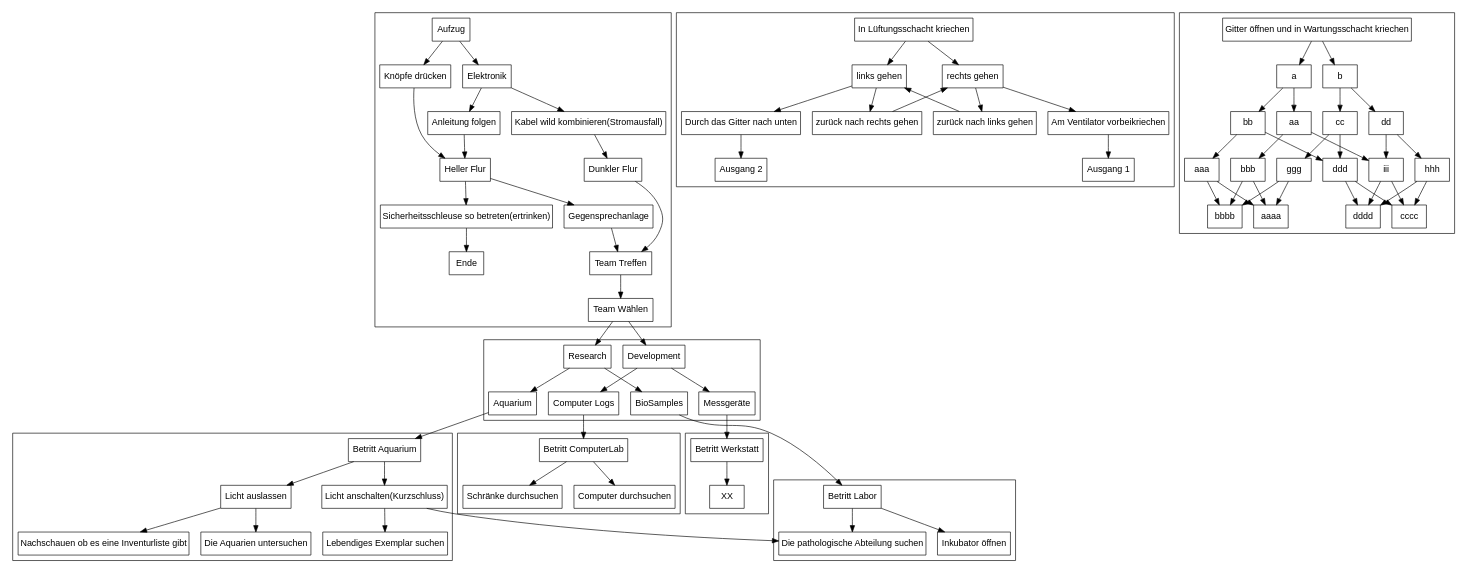
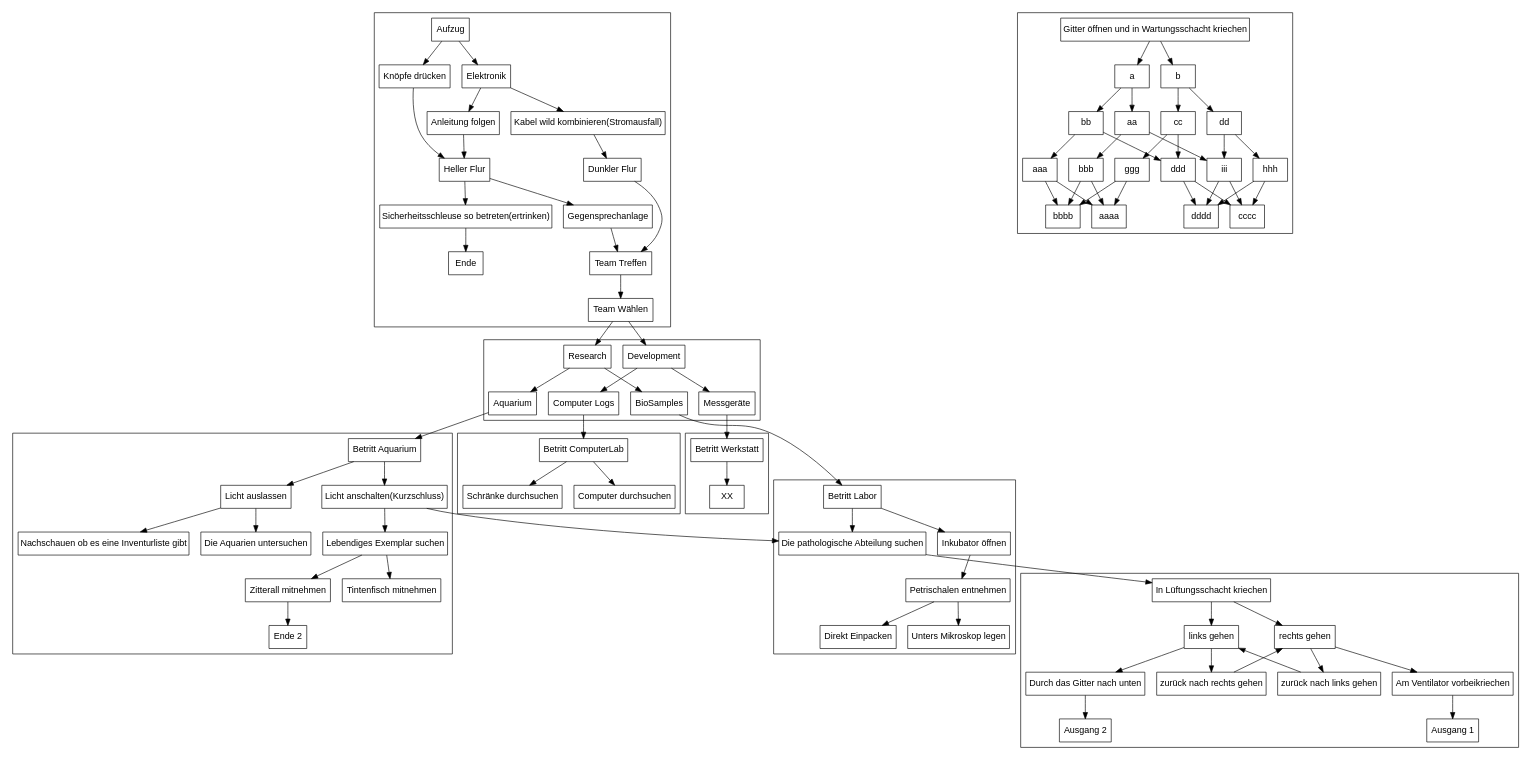
The diagram in Assets/Resources/Jsons/story.dot (AWachtendorf/ChooseYourPath), drawn with Graphviz before and after one commit.

```diff
--- a/Assets/Resources/Jsons/story.dot
+++ b/Assets/Resources/Jsons/story.dot
@@ -1,77 +1,87 @@
 digraph L {
   node [shape=record fontname=Arial];
 
 subgraph cluster_Anfang{
 "Aufzug" -> {"Knöpfe drücken"  "Elektronik"} 
 "Elektronik" -> {"Kabel wild kombinieren(Stromausfall)" "Anleitung folgen"}
 "Kabel wild kombinieren(Stromausfall)" -> "Dunkler Flur"
 {"Knöpfe drücken" "Anleitung folgen"} 
 -> "Heller Flur" -> {"Sicherheitsschleuse so betreten(ertrinken)" "Gegensprechanlage"}
 "Sicherheitsschleuse so betreten(ertrinken)" -> "Ende"
 {"Gegensprechanlage" "Dunkler Flur"} -> "Team Treffen" -> "Team Wählen"
 }
 
 subgraph cluster_Team{
 "Team Wählen" -> {"Research" "Development"}
 "Research" -> {"BioSamples" "Aquarium"}
 "Development" -> {"Computer Logs" "Messgeräte"}
 }
 
 "Computer Logs" -> "Betritt ComputerLab"
 "Aquarium" -> "Betritt Aquarium"
 "BioSamples" -> "Betritt Labor"
 "Messgeräte" -> "Betritt Werkstatt"
 
 
 subgraph cluster_Research{
 "Betritt ComputerLab" -> {"Schränke durchsuchen" "Computer durchsuchen"}
 }
 
 subgraph cluster_Development{
 "Betritt Werkstatt" -> "XX"
 }
 
 subgraph cluster_BioSamples{
 "Betritt Labor" -> {"Inkubator öffnen", "Die pathologische Abteilung suchen"}
+"Inkubator öffnen"->"Petrischalen entnehmen"->{"Direkt Einpacken","Unters Mikroskop legen"}
+
 }
 
 subgraph cluster_Aquarium{
 "Betritt Aquarium" -> {"Licht anschalten(Kurzschluss)" "Licht auslassen"}
 "Licht anschalten(Kurzschluss)" -> {"Lebendiges Exemplar suchen","Die pathologische Abteilung suchen"}
+"Lebendiges Exemplar suchen" -> {"Zitterall mitnehmen","Tintenfisch mitnehmen"}
+"Zitterall mitnehmen"->"Ende 2"
+
 "Licht auslassen" -> {"Die Aquarien untersuchen","Nachschauen ob es eine Inventurliste gibt"}
+
 }
+
+"Die pathologische Abteilung suchen" -> "In Lüftungsschacht kriechen"
 
 subgraph cluster_Lüftungsschacht{
 
 rank = same; "links gehen"; "rechts gehen"; 
 
 "In Lüftungsschacht kriechen" -> {"links gehen" "rechts gehen"}
 
 "rechts gehen"-> {"Am Ventilator vorbeikriechen"  "zurück nach links gehen"}
 "links gehen" -> {"Durch das Gitter nach unten"  "zurück nach rechts gehen"} 
 
 "zurück nach links gehen"->"links gehen"
 "zurück nach rechts gehen" ->"rechts gehen"
 
 "Am Ventilator vorbeikriechen" -> "Ausgang 1"
 "Durch das Gitter nach unten" -> "Ausgang 2"
 }
+
+
 
 
 subgraph cluster_Wartungsschacht{
 "Gitter öffnen und in Wartungsschacht kriechen" -> {"a","b"}
 "a"->{"aa","bb"}
 "b"->{"cc","dd"}
 
 "aa"->{"iii","bbb"}
 "bb"->{"aaa","ddd"}
 
 "cc"->{"ddd","ggg"}
 "dd"->{"hhh","iii"}
 
 {"aaa","bbb","ggg"}->{"aaaa","bbbb"}
 {"iii","hhh","ddd"}->{"cccc","dddd"}
 
 }
 
 } 
```
